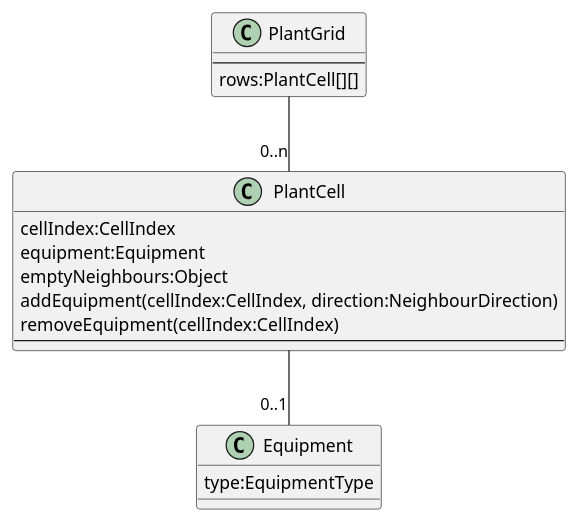
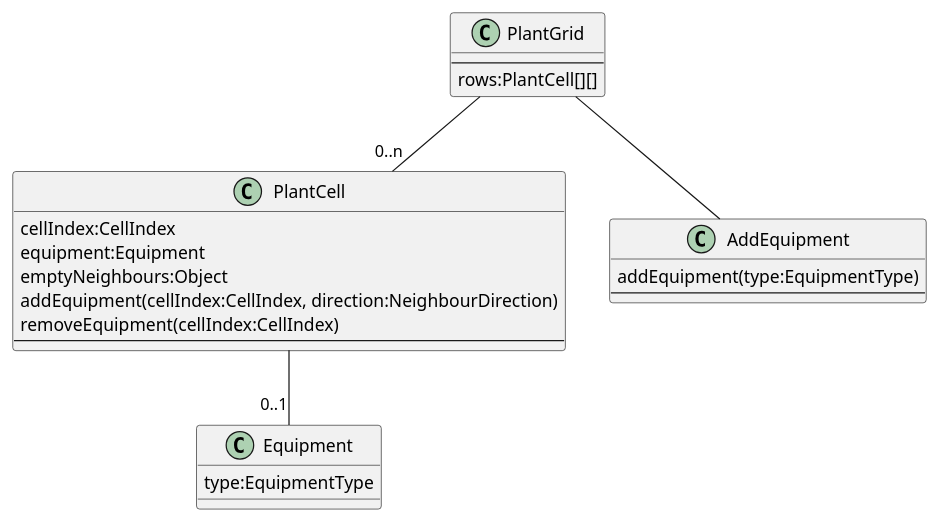
The diagram in docs/PlantGrid.component.puml (cbarsony/mining), drawn with PlantUML before and after one commit. The commit also changed 7 other files, not shown here.

```diff
--- a/docs/PlantGrid.component.puml
+++ b/docs/PlantGrid.component.puml
@@ -1,24 +1,30 @@
 @startuml
 
 class PlantGrid {
     --
     rows:PlantCell[][]
 }
 
 class PlantCell {
     cellIndex:CellIndex
     equipment:Equipment
     emptyNeighbours:Object
     addEquipment(cellIndex:CellIndex, direction:NeighbourDirection)
     removeEquipment(cellIndex:CellIndex)
     --
 }
 
 class Equipment {
     type:EquipmentType
 }
 
+class AddEquipment {
+    addEquipment(type:EquipmentType)
+    --
+}
+
 PlantGrid -- "0..n" PlantCell
+PlantGrid -- AddEquipment
 PlantCell -- "0..1" Equipment
 
 @enduml
```
